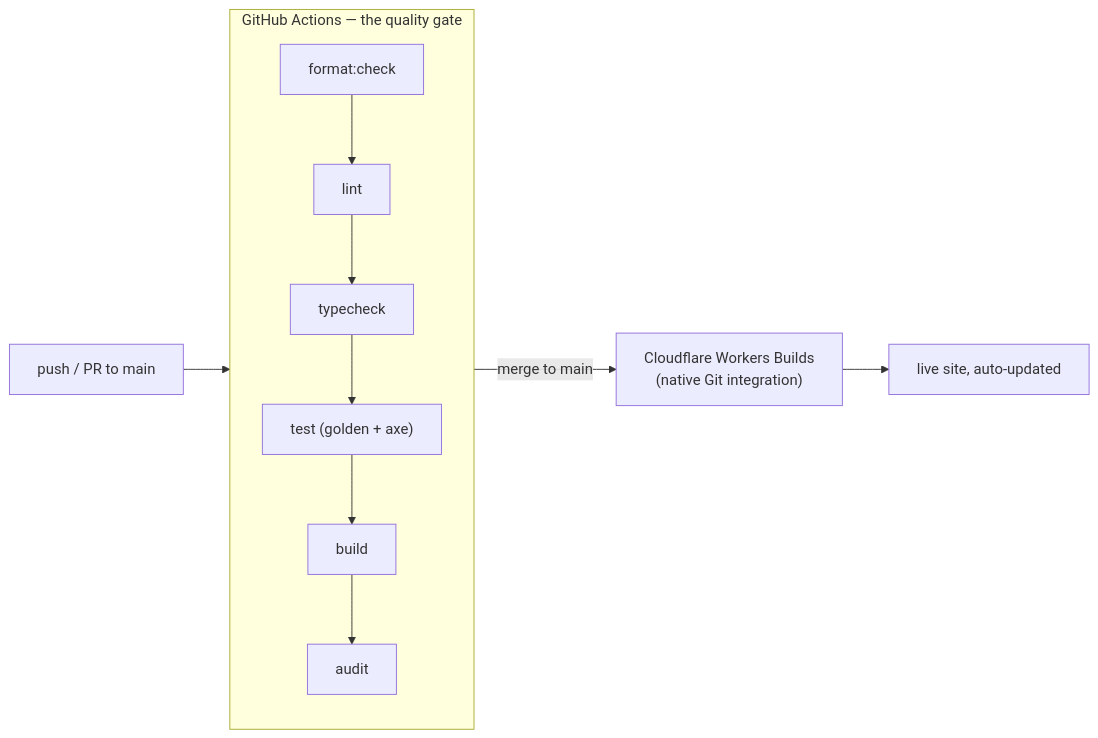
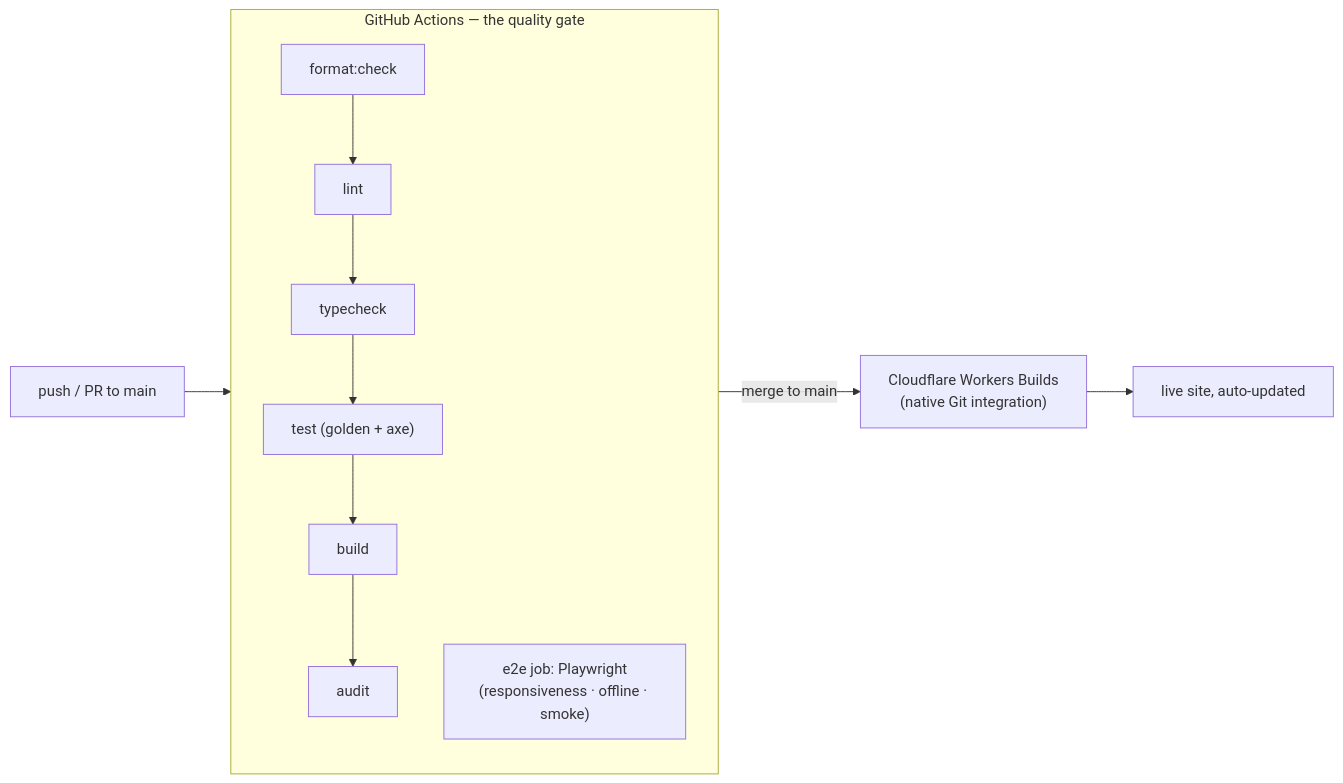
One commit to clay-good/enklayve changed the sixth of 6 diagrams in README.md. Above: the diagram before and after it, drawn with Mermaid. The commit also changed other lines of this file and 9 other files, not shown here.

````diff
--- a/README.md
+++ b/README.md
@@ -451,9 +453,11 @@
 ```mermaid
 flowchart LR
     PUSH["push / PR to main"] --> CI
     subgraph CI["GitHub Actions — the quality gate"]
+        direction TB
         FMT["format:check"] --> LINT["lint"] --> TC["typecheck"] --> TEST["test (golden + axe)"] --> BUILD["build"] --> AUDIT["audit"]
+        E2E["e2e job: Playwright<br/>(responsiveness · offline · smoke)"]
     end
     CI -->|"merge to main"| CF["Cloudflare Workers Builds<br/>(native Git integration)"]
     CF --> LIVE["live site, auto-updated"]
 ```
````
